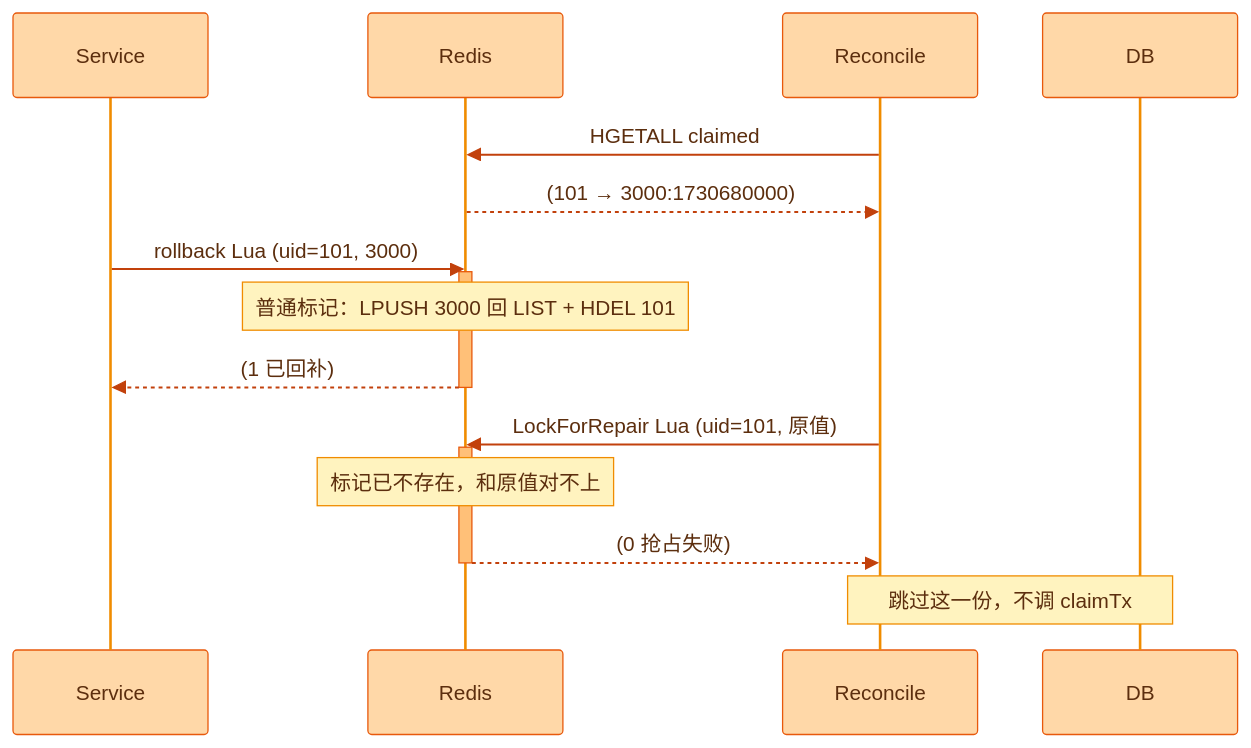
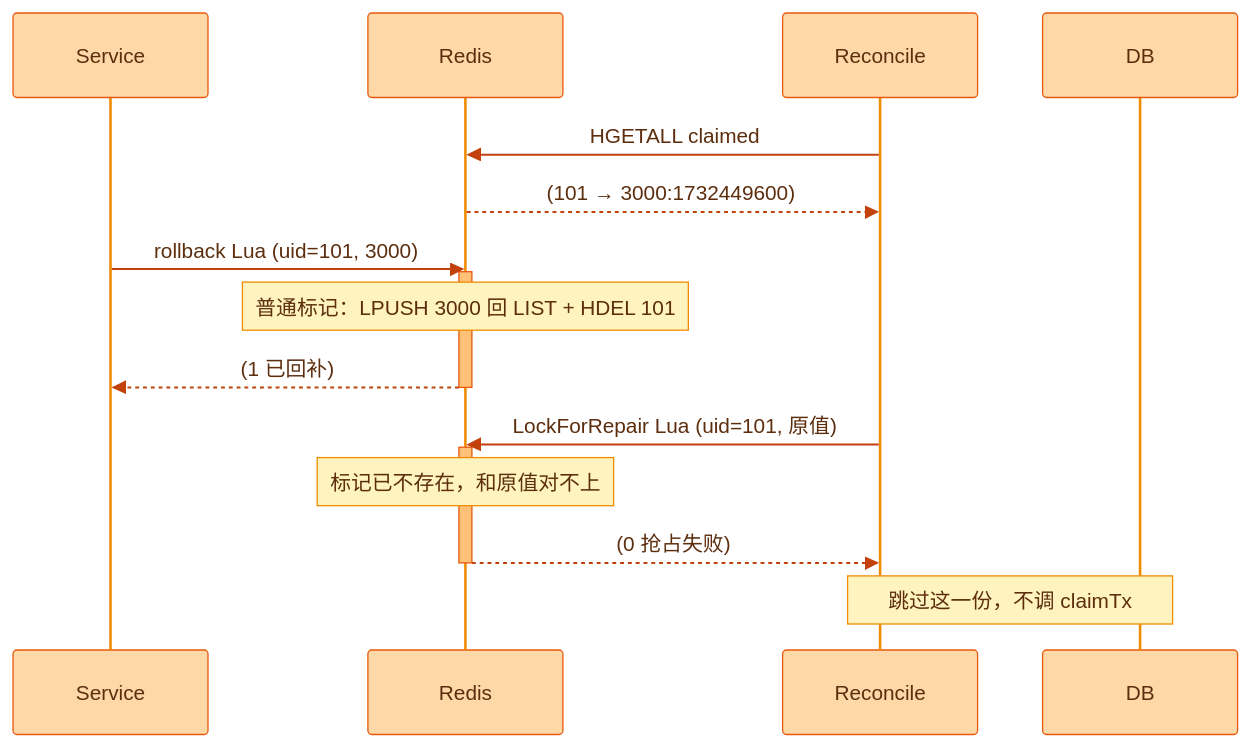
Before and after one commit to RedInn7/gomall: diagram 20 of 24 in docs/lecture/18-redpacket.md, drawn with Mermaid. The commit also changed other lines of this file and 1 other file, not shown here.

````diff
--- a/docs/lecture/18-redpacket.md
+++ b/docs/lecture/18-redpacket.md
@@ -727,22 +729,22 @@
 ```mermaid
 %%{init: {'theme':'base','themeVariables':{'fontFamily':'PingFang SC, Microsoft YaHei, sans-serif','background':'#FFFBF5','primaryColor':'#FFE8CC','primaryBorderColor':'#E8590C','primaryTextColor':'#5C2E0E','secondaryColor':'#FFF4E6','tertiaryColor':'#FFF9F0','lineColor':'#D9480F','textColor':'#5C2E0E','clusterBkg':'#FFF9F0','clusterBorder':'#F08C00','edgeLabelBackground':'#FFF4E6','actorBkg':'#FFD8A8','actorBorder':'#E8590C','actorTextColor':'#5C2E0E','actorLineColor':'#F08C00','signalColor':'#C2410C','signalTextColor':'#5C2E0E','noteBkgColor':'#FFF3BF','noteBorderColor':'#F08C00','noteTextColor':'#5C2E0E','activationBkgColor':'#FFC078','activationBorderColor':'#E8590C','labelBoxBkgColor':'#FFE8CC','labelBoxBorderColor':'#E8590C','labelTextColor':'#5C2E0E','loopTextColor':'#5C2E0E'}}}%%
 sequenceDiagram
     participant Service
     participant Redis
     participant Reconcile
     participant DB
 
     Reconcile->>Redis: HGETALL claimed
-    Redis-->>Reconcile: (101 → 3000:1730680000)
+    Redis-->>Reconcile: (101 → 3000:1732449600)
     Service->>Redis: rollback Lua (uid=101, 3000)
     activate Redis
     Note over Redis: 普通标记：LPUSH 3000 回 LIST + HDEL 101
     Redis-->>Service: (1 已回补)
     deactivate Redis
     Reconcile->>Redis: LockForRepair Lua (uid=101, 原值)
     activate Redis
     Note over Redis: 标记已不存在，和原值对不上
     Redis-->>Reconcile: (0 抢占失败)
     deactivate Redis
     Note over Reconcile,DB: 跳过这一份，不调 claimTx
 ```
````
